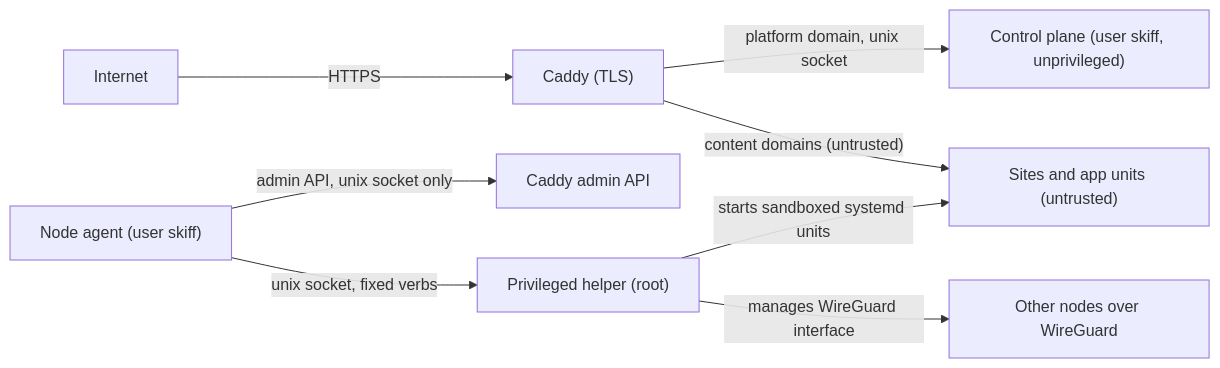
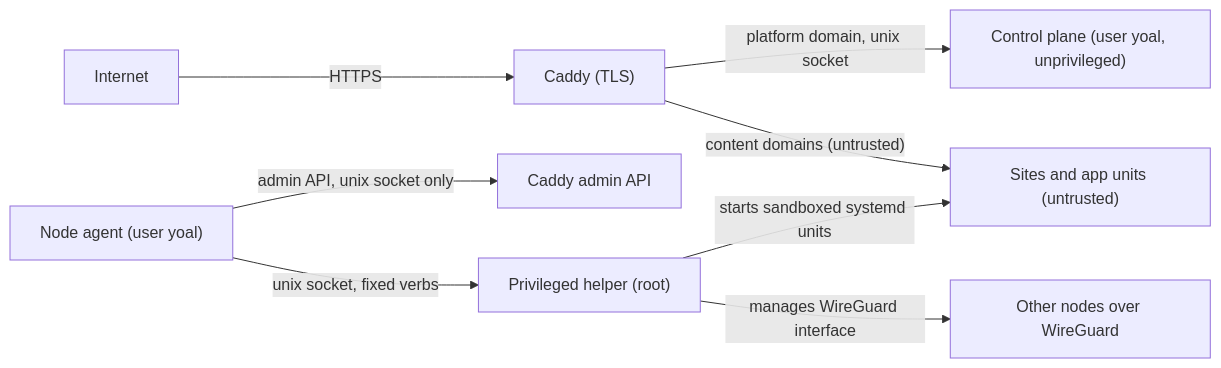
Before and after one commit to KieranHolroyd/skiff: the diagram in packages/docs/content/accounts/security-model.md, drawn with Mermaid. The commit also changed other lines of this file and 1869 other files, not shown here.

````diff
--- a/packages/docs/content/accounts/security-model.md
+++ b/packages/docs/content/accounts/security-model.md
@@ -65,10 +65,10 @@
 ```mermaid
 flowchart LR
   Net["Internet"] -->|"HTTPS"| Caddy["Caddy (TLS)"]
-  Caddy -->|"platform domain, unix socket"| CP["Control plane (user skiff, unprivileged)"]
+  Caddy -->|"platform domain, unix socket"| CP["Control plane (user yoal, unprivileged)"]
   Caddy -->|"content domains (untrusted)"| Apps["Sites and app units (untrusted)"]
-  Agent["Node agent (user skiff)"] -->|"admin API, unix socket only"| CaddyAdmin["Caddy admin API"]
+  Agent["Node agent (user yoal)"] -->|"admin API, unix socket only"| CaddyAdmin["Caddy admin API"]
   Agent -->|"unix socket, fixed verbs"| Helper["Privileged helper (root)"]
   Helper -->|"starts sandboxed systemd units"| Apps
   Helper -->|"manages WireGuard interface"| Peers["Other nodes over WireGuard"]
 ```
````
